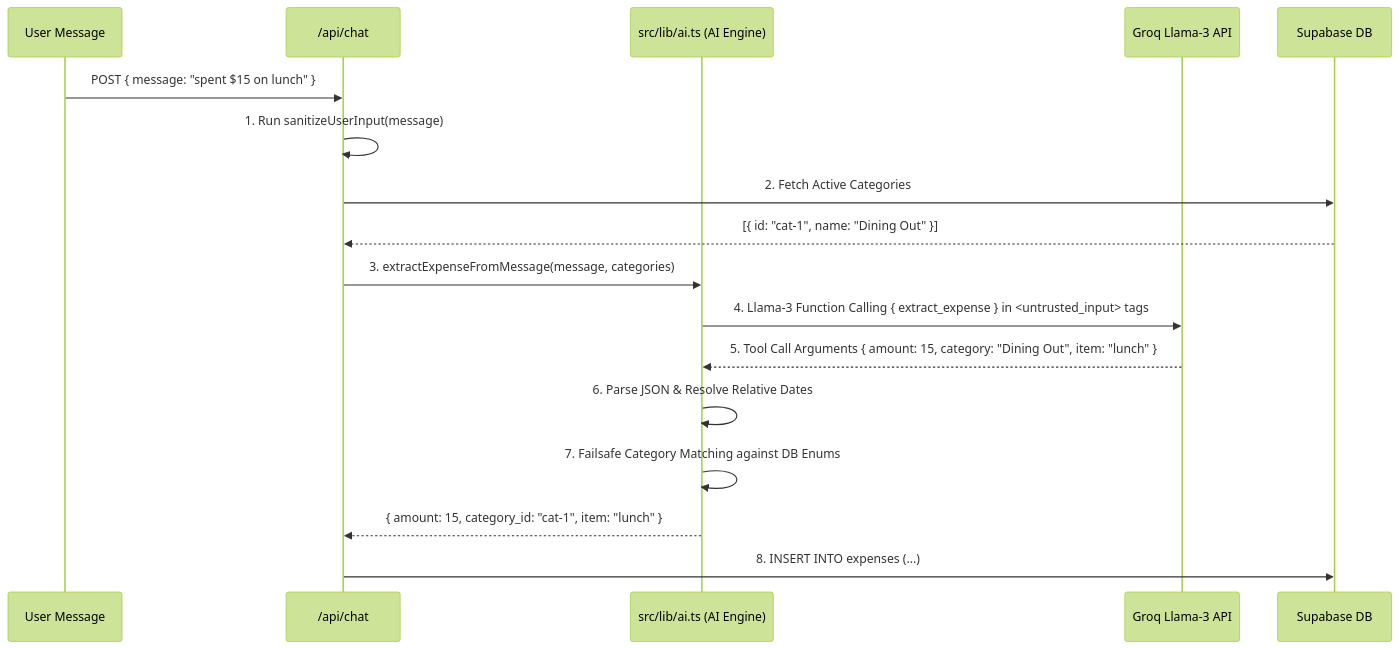
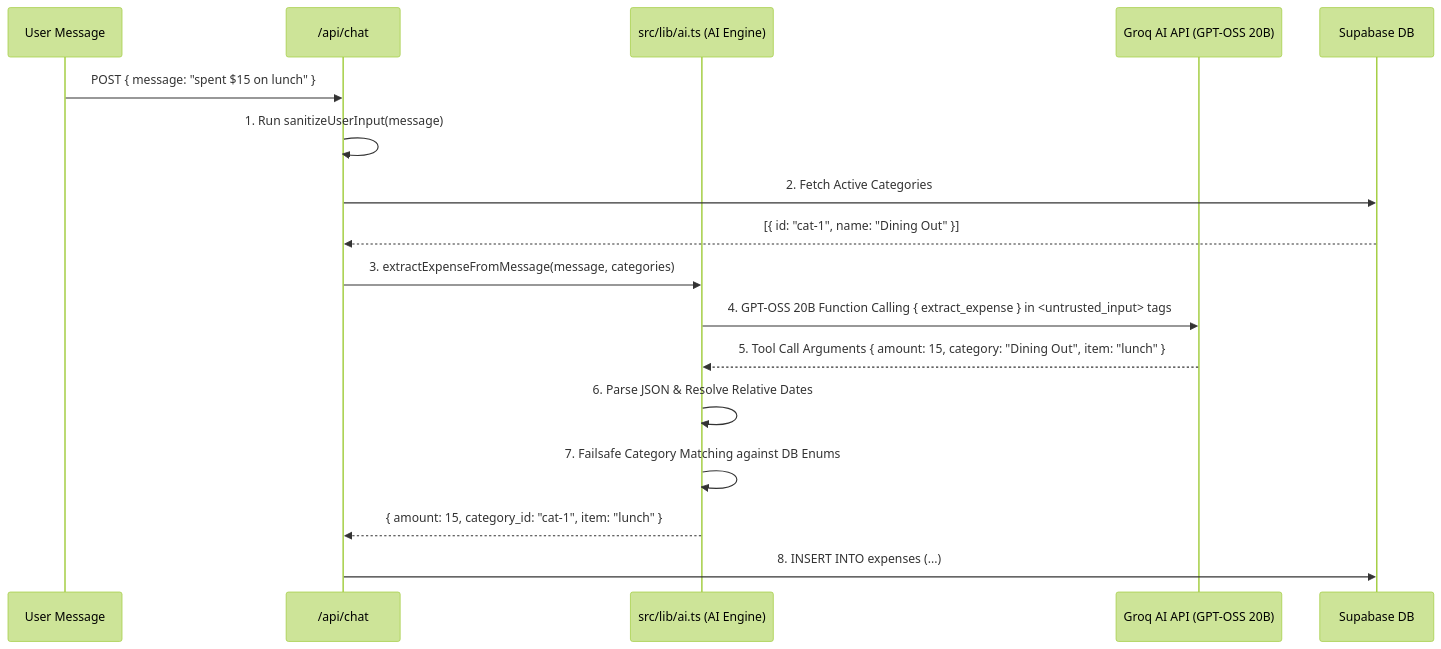
The fourth of 4 diagrams in ARCHITECTURE.md (lilo123/expense-dashboard), drawn with Mermaid (forest theme) before and after one commit. The commit also changed other lines of this file and 3 other files, not shown here.

First line of the commit message:
Update Groq model from deprecated llama-3.1-8b-instant to openai/gpt-oss-20b

````diff
--- a/ARCHITECTURE.md
+++ b/ARCHITECTURE.md
@@ -231,20 +231,20 @@
 ```mermaid
 sequenceDiagram
     participant Client as User Message
     participant API as /api/chat
     participant AI as src/lib/ai.ts (AI Engine)
-    participant Groq as Groq Llama-3 API
+    participant Groq as Groq AI API (GPT-OSS 20B)
     participant DB as Supabase DB
 
     Client->>API: POST { message: "spent $15 on lunch" }
     API->>API: 1. Run sanitizeUserInput(message)
     API->>DB: 2. Fetch Active Categories
     DB-->>API: [{ id: "cat-1", name: "Dining Out" }]
     API->>AI: 3. extractExpenseFromMessage(message, categories)
-    AI->>Groq: 4. Llama-3 Function Calling { extract_expense } in <untrusted_input> tags
+    AI->>Groq: 4. GPT-OSS 20B Function Calling { extract_expense } in <untrusted_input> tags
     Groq-->>AI: 5. Tool Call Arguments { amount: 15, category: "Dining Out", item: "lunch" }
     AI->>AI: 6. Parse JSON & Resolve Relative Dates
     AI->>AI: 7. Failsafe Category Matching against DB Enums
     AI-->>API: { amount: 15, category_id: "cat-1", item: "lunch" }
     API->>DB: 8. INSERT INTO expenses (...)
 ```
````
